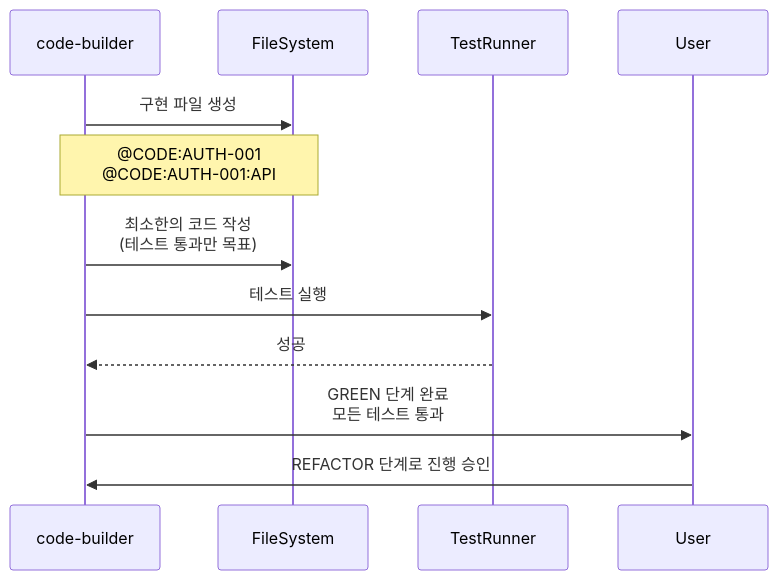
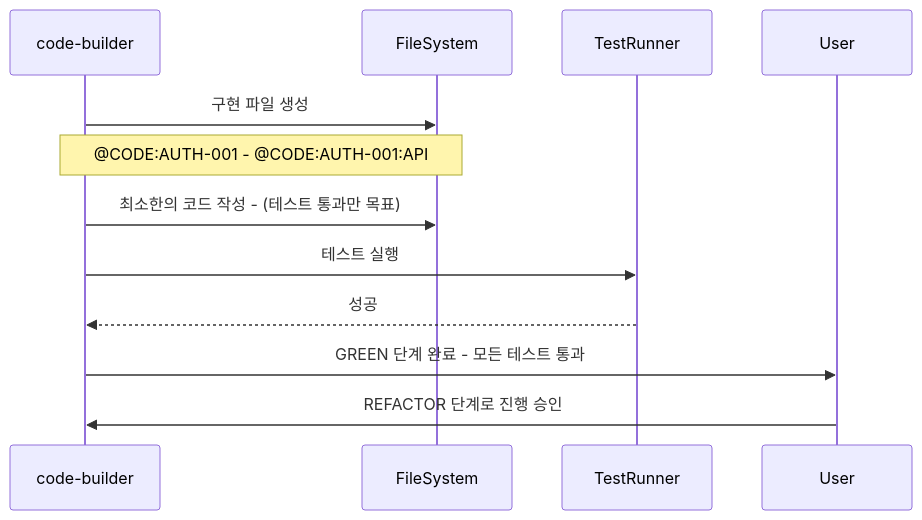
The fourth of 7 diagrams in docs/claude/agents/code-builder.md (modu-ai/moai-adk), drawn with Mermaid before and after one commit. The commit also changed other lines of this file and 447 other files, not shown here.

````diff
--- a/docs/claude/agents/code-builder.md
+++ b/docs/claude/agents/code-builder.md
@@ -257,20 +257,20 @@
 ```mermaid
 sequenceDiagram
     participant CB as code-builder
     participant FS as FileSystem
     participant TestRunner
     participant User
 
     CB->>FS: 구현 파일 생성
 
-    Note over CB,FS: @CODE:AUTH-001<br/>@CODE:AUTH-001:API
+    Note over CB,FS: @CODE:AUTH-001 - @CODE:AUTH-001:API
 
-    CB->>FS: 최소한의 코드 작성<br/>(테스트 통과만 목표)
+    CB->>FS: 최소한의 코드 작성 - (테스트 통과만 목표)
 
     CB->>TestRunner: 테스트 실행
     TestRunner-->>CB: 성공
 
-    CB->>User: GREEN 단계 완료<br/>모든 테스트 통과
+    CB->>User: GREEN 단계 완료 - 모든 테스트 통과
 
     User->>CB: REFACTOR 단계로 진행 승인
 ```
````
